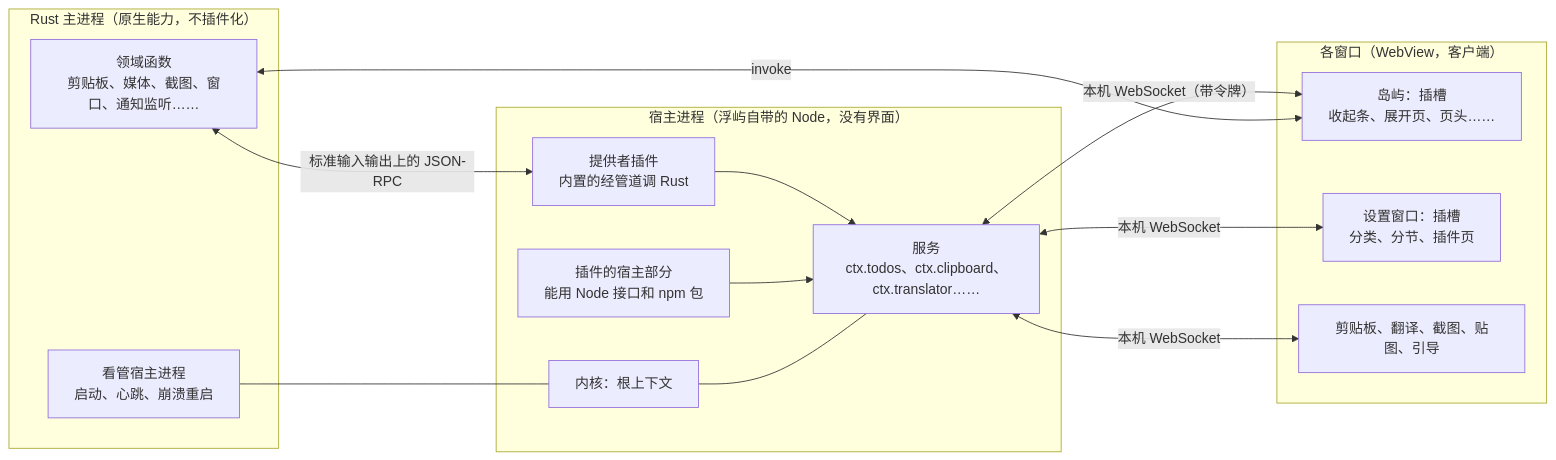
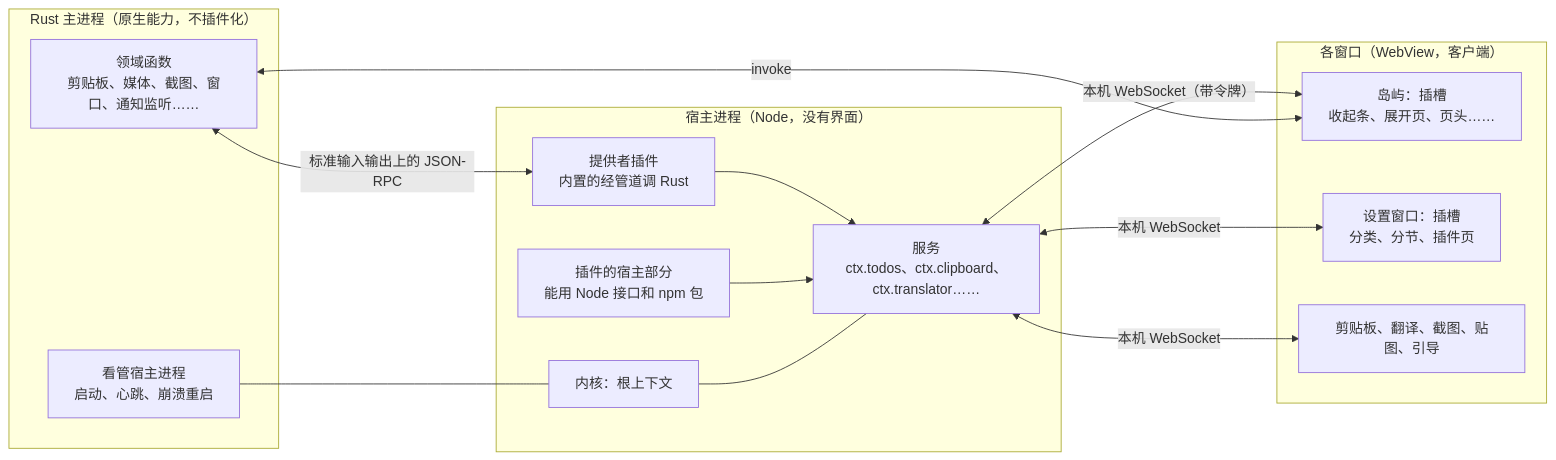
Before and after one commit to TixXin/Fuyu: the diagram in docs/architecture/plugins/v3-everything-plugin.md, drawn with Mermaid. The commit also changed other lines of this file and 2 other files, not shown here.

First line of the commit message:
docs(plugins): the installer does not ship Node; the island uses the one on the machine and downloads one only when it must

````diff
--- a/docs/architecture/plugins/v3-everything-plugin.md
+++ b/docs/architecture/plugins/v3-everything-plugin.md
@@ -107,27 +109,27 @@
 ```mermaid
 flowchart LR
   subgraph rust["Rust 主进程（原生能力，不插件化）"]
     cmds["领域函数\n剪贴板、媒体、截图、窗口、通知监听……"]
     sup["看管宿主进程\n启动、心跳、崩溃重启"]
   end
-  subgraph host["宿主进程（浮屿自带的 Node，没有界面）"]
+  subgraph host["宿主进程（Node，没有界面）"]
     root["内核：根上下文"]
     svc["服务\nctx.todos、ctx.clipboard、ctx.translator……"]
     prov["提供者插件\n内置的经管道调 Rust"]
     hostp["插件的宿主部分\n能用 Node 接口和 npm 包"]
   end
   subgraph clients["各窗口（WebView，客户端）"]
     island["岛屿：插槽\n收起条、展开页、页头……"]
     settings["设置窗口：插槽\n分类、分节、插件页"]
     others["剪贴板、翻译、截图、贴图、引导"]
   end
   cmds <-- "标准输入输出上的 JSON-RPC" --> prov
   sup --- root
   prov --> svc
   hostp --> svc
   root --- svc
   svc <-- "本机 WebSocket（带令牌）" --> island
   svc <-- "本机 WebSocket" --> settings
   svc <-- "本机 WebSocket" --> others
   cmds <-- "invoke" --> island
 ```
````
